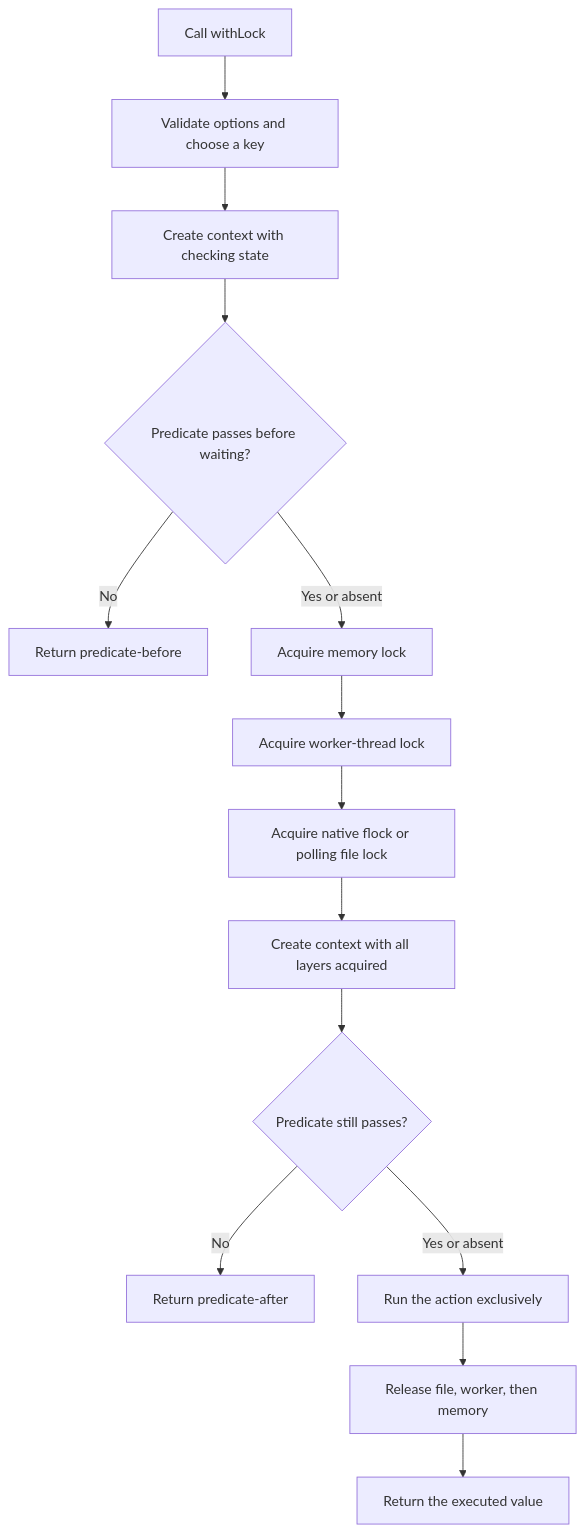
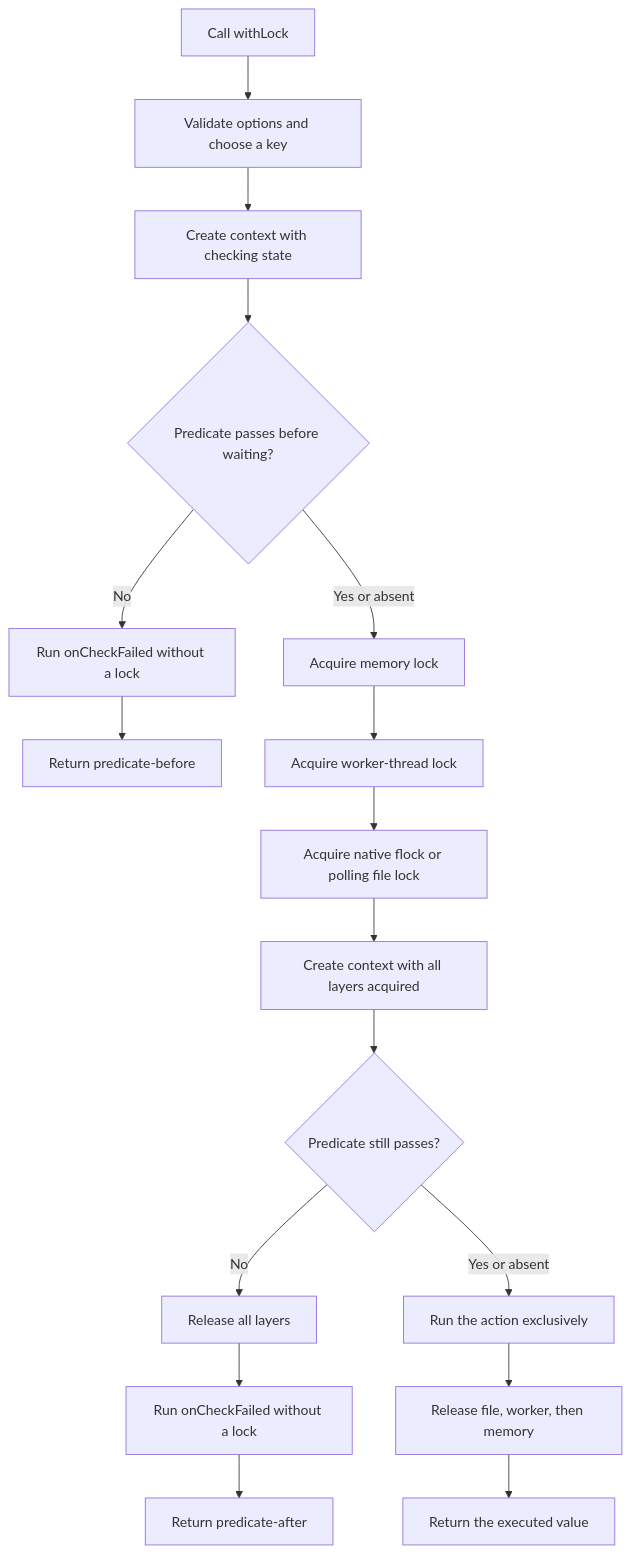
The second of 3 diagrams in README.md (regbo/lfp-common), drawn with Mermaid before and after one commit. The commit also changed other lines of this file and 8 other files, not shown here.

Commit message:
feat: add context-aware lock check hooks

````diff
--- a/README.md
+++ b/README.md
@@ -75,16 +82,19 @@
 ```mermaid
 flowchart TD
     call["Call withLock"] --> options["Validate options and choose a key"]
     options --> checking["Create context with checking state"]
     checking --> before{"Predicate passes before waiting?"}
-    before -- "No" --> skippedBefore["Return predicate-before"]
+    before -- "No" --> failedBefore["Run onCheckFailed without a lock"]
+    failedBefore --> skippedBefore["Return predicate-before"]
     before -- "Yes or absent" --> memory["Acquire memory lock"]
     memory --> worker["Acquire worker-thread lock"]
     worker --> file["Acquire native flock or polling file lock"]
     file --> acquired["Create context with all layers acquired"]
     acquired --> after{"Predicate still passes?"}
-    after -- "No" --> skippedAfter["Return predicate-after"]
+    after -- "No" --> releaseFailed["Release all layers"]
+    releaseFailed --> failedAfter["Run onCheckFailed without a lock"]
+    failedAfter --> skippedAfter["Return predicate-after"]
     after -- "Yes or absent" --> action["Run the action exclusively"]
     action --> release["Release file, worker, then memory"]
     release --> result["Return the executed value"]
 ```
````
